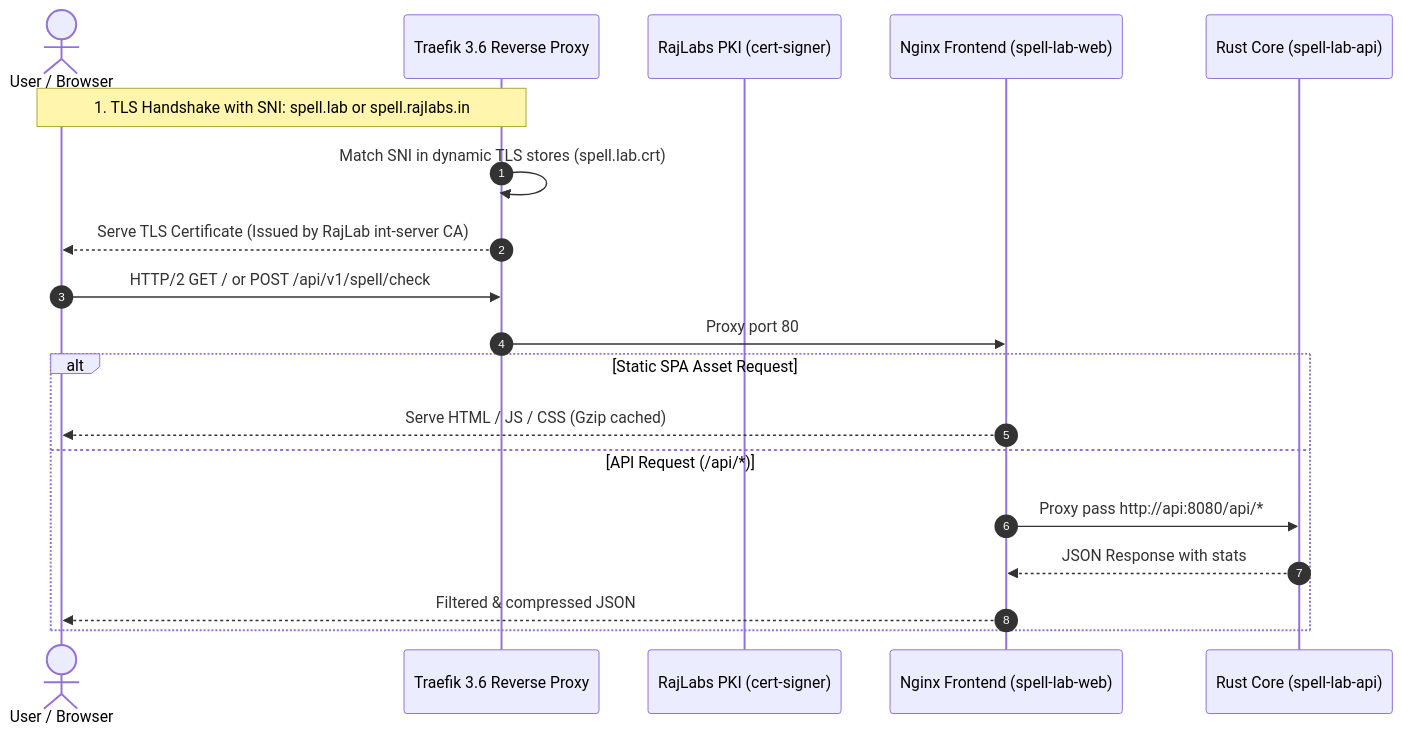
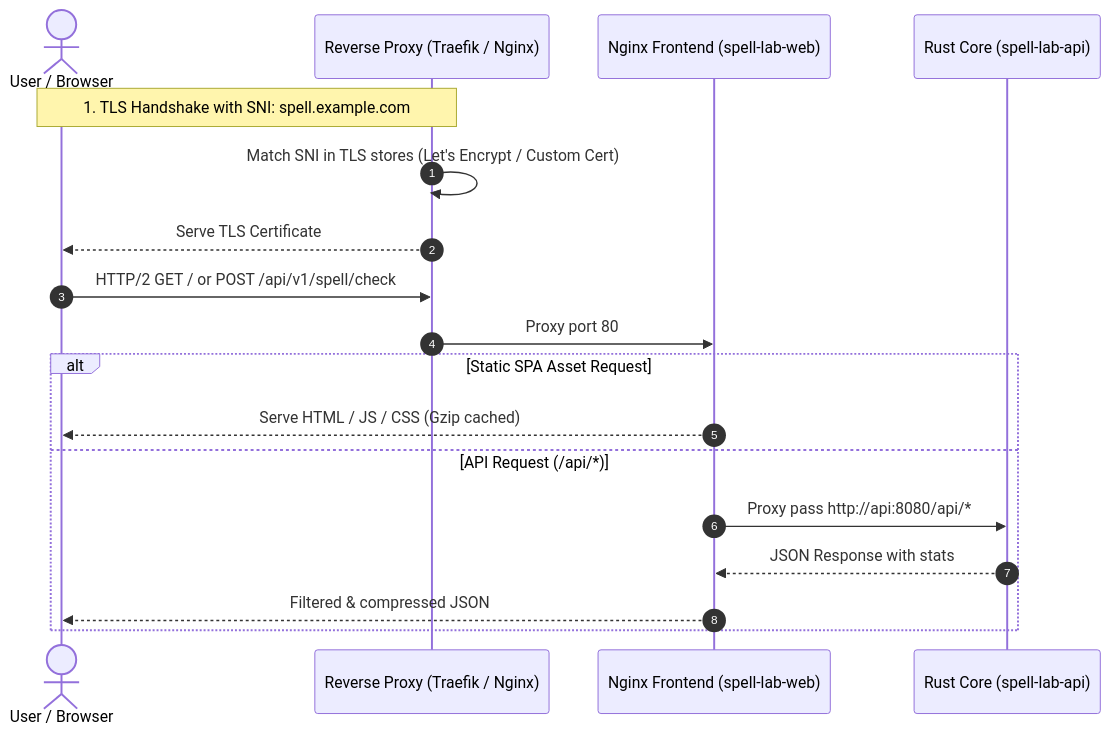
Before and after one commit to authoritydmc/spell-lab: the fourth of 4 diagrams in docs/ARCHITECTURE.md, drawn with Mermaid. The commit also changed other lines of this file and 6 other files, not shown here.

````diff
--- a/docs/ARCHITECTURE.md
+++ b/docs/ARCHITECTURE.md
@@ -138,22 +134,21 @@
 ```mermaid
 sequenceDiagram
     autonumber
     actor Client as User / Browser
-    participant Traefik as Traefik 3.6 Reverse Proxy
-    participant CertSigner as RajLabs PKI (cert-signer)
+    participant Traefik as Reverse Proxy (Traefik / Nginx)
     participant SpellWeb as Nginx Frontend (spell-lab-web)
     participant SpellAPI as Rust Core (spell-lab-api)
 
-    Note over Client,Traefik: 1. TLS Handshake with SNI: spell.lab or spell.rajlabs.in
-    Traefik->>Traefik: Match SNI in dynamic TLS stores (spell.lab.crt)
-    Traefik-->>Client: Serve TLS Certificate (Issued by RajLab int-server CA)
+    Note over Client,Traefik: 1. TLS Handshake with SNI: spell.example.com
+    Traefik->>Traefik: Match SNI in TLS stores (Let's Encrypt / Custom Cert)
+    Traefik-->>Client: Serve TLS Certificate
     Client->>Traefik: HTTP/2 GET / or POST /api/v1/spell/check
     Traefik->>SpellWeb: Proxy port 80
     alt Static SPA Asset Request
         SpellWeb-->>Client: Serve HTML / JS / CSS (Gzip cached)
     else API Request (/api/*)
         SpellWeb->>SpellAPI: Proxy pass http://api:8080/api/*
         SpellAPI-->>SpellWeb: JSON Response with stats
         SpellWeb-->>Client: Filtered & compressed JSON
     end
 ```
````
